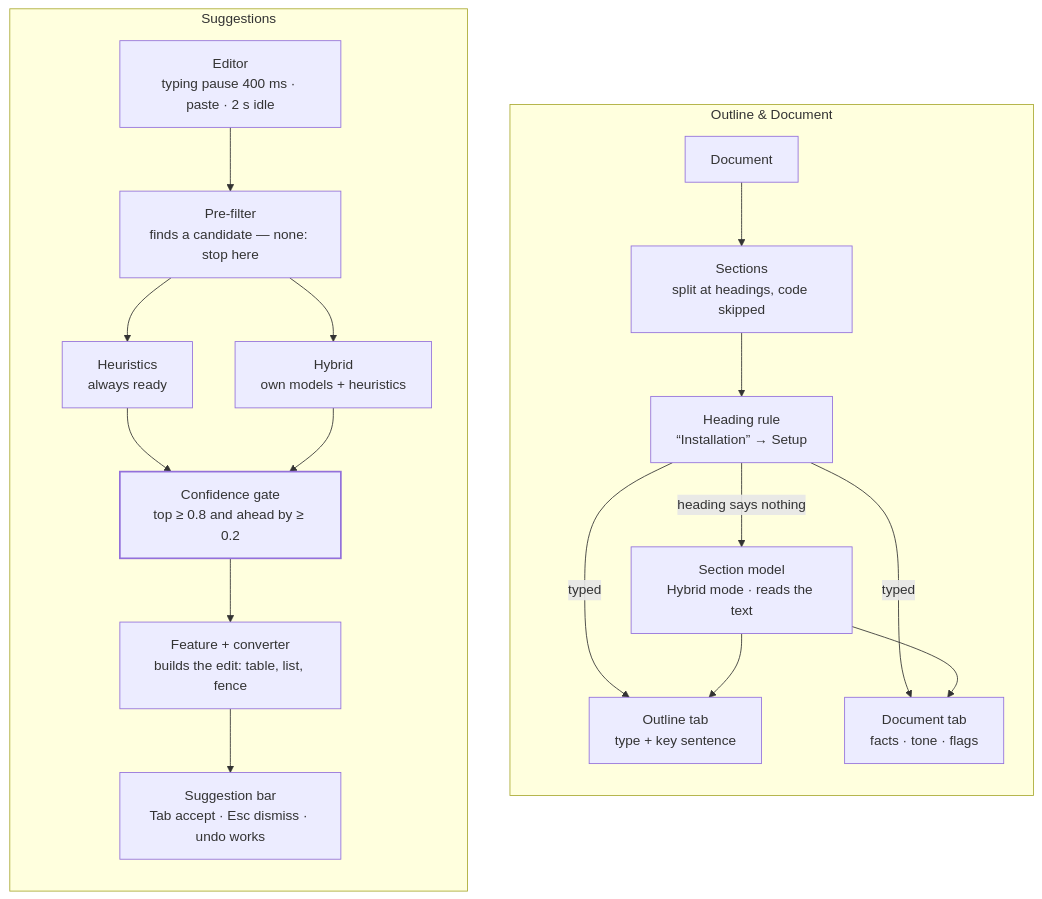
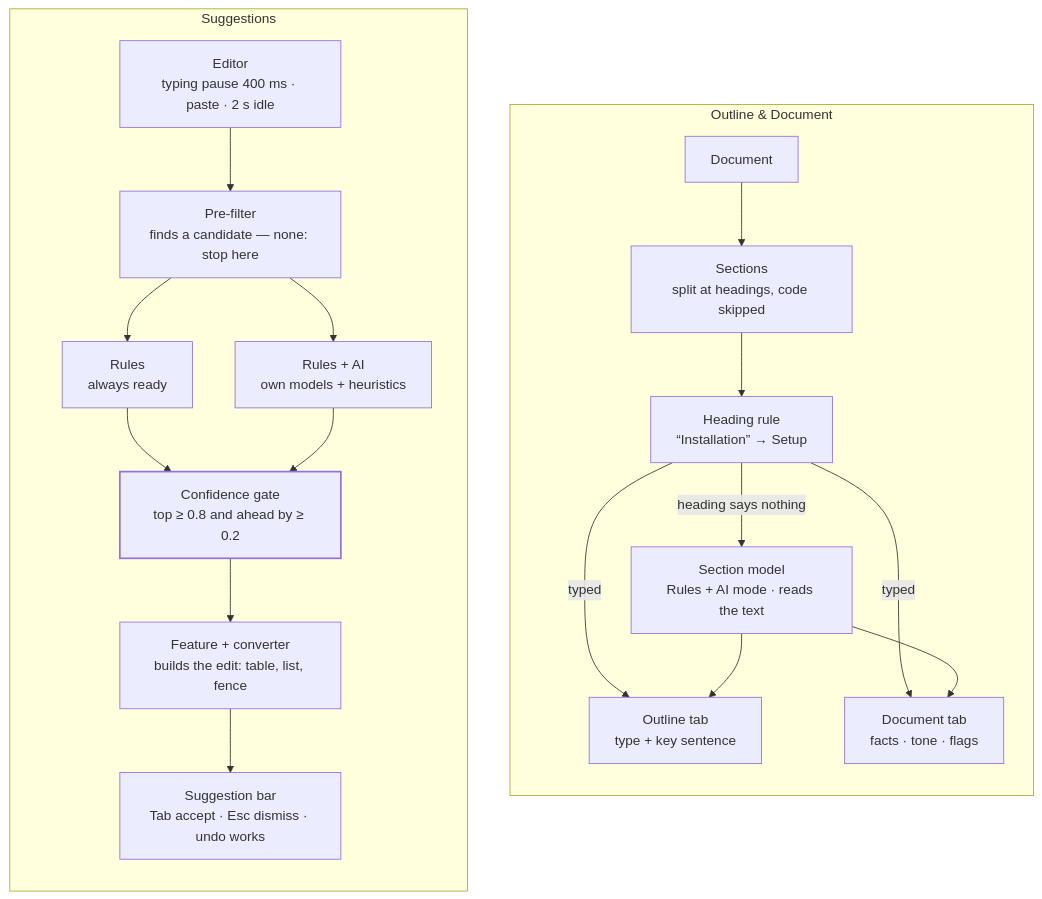
One commit to PabloFLPs/Marksage changed the diagram in docs/SMART-ASSIST.md. Above: the diagram before and after it, drawn with Mermaid. The commit also changed other lines of this file and 22 other files, not shown here.

````diff
--- a/docs/SMART-ASSIST.md
+++ b/docs/SMART-ASSIST.md
@@ -113,26 +120,26 @@
 ```mermaid
 flowchart LR
   subgraph S ["Suggestions"]
     direction TB
     E["Editor<br/>typing pause 400 ms · paste · 2 s idle"] --> P["Pre-filter<br/>finds a candidate — none: stop here"]
-    P --> H["Heuristics<br/>always ready"]
-    P --> M["Hybrid<br/>own models + heuristics"]
+    P --> H["Rules<br/>always ready"]
+    P --> M["Rules + AI<br/>own models + heuristics"]
     H --> G["Confidence gate<br/>top ≥ 0.8 and ahead by ≥ 0.2"]
     M --> G
     G --> F["Feature + converter<br/>builds the edit: table, list, fence"]
     F --> B["Suggestion bar<br/>Tab accept · Esc dismiss · undo works"]
   end
   subgraph O ["Outline & Document"]
     direction TB
     D["Document"] --> X["Sections<br/>split at headings, code skipped"]
     X --> R["Heading rule<br/>“Installation” → Setup"]
-    R -- "heading says nothing" --> SM["Section model<br/>Hybrid mode · reads the text"]
+    R -- "heading says nothing" --> SM["Section model<br/>Rules + AI mode · reads the text"]
     R -- "typed" --> T1["Outline tab<br/>type + key sentence"]
     R -- "typed" --> T2["Document tab<br/>facts · tone · flags"]
     SM --> T1
     SM --> T2
   end
   S ~~~ O
   classDef gate stroke-width:2px
   class G gate
 ```
````
